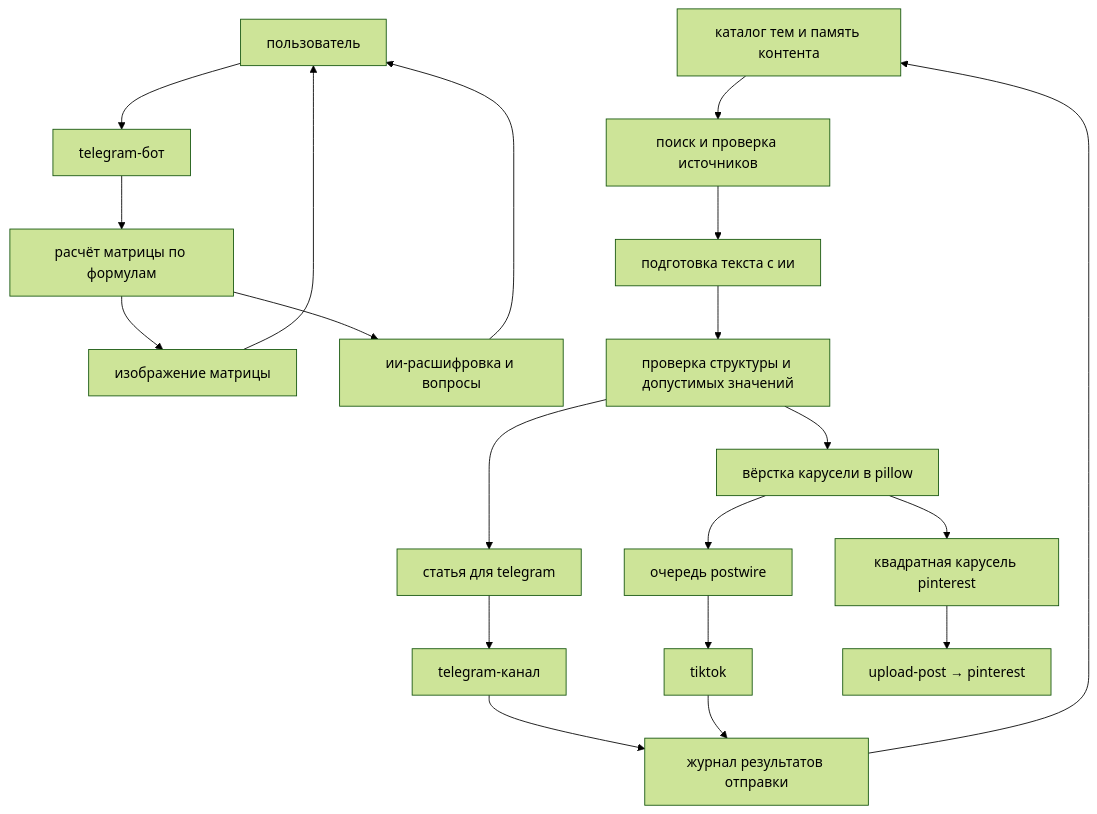
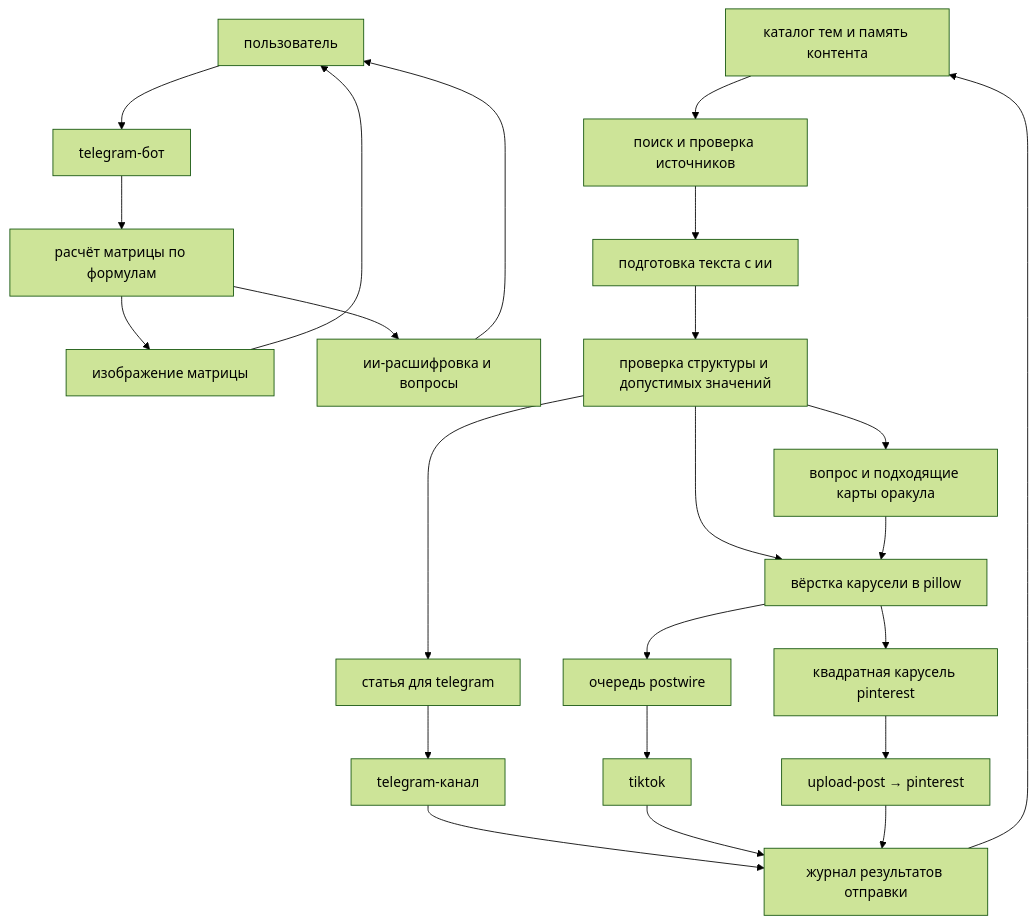
Before and after one commit to mrgrtglcht/numerology-agent: the diagram in README.md, drawn with Mermaid (forest theme). The commit also changed other lines of this file and 8 other files, not shown here.

````diff
--- a/README.md
+++ b/README.md
@@ -85,22 +111,25 @@
 ```mermaid
 flowchart TD
     user[пользователь] --> bot[telegram-бот]
     bot --> calc[расчёт матрицы по формулам]
     calc --> image[изображение матрицы]
     calc --> dialog[ии-расшифровка и вопросы]
     image --> user
     dialog --> user
     topics[каталог тем и память контента] --> research[поиск и проверка источников]
     research --> text[подготовка текста с ии]
     text --> checks[проверка структуры и допустимых значений]
     checks --> article[статья для telegram]
     checks --> slides[вёрстка карусели в pillow]
     article --> tg[telegram-канал]
+    checks --> oracle[вопрос и подходящие карты оракула]
+    oracle --> slides
     slides --> postwire[очередь postwire]
     postwire --> tt[tiktok]
     slides --> pin[квадратная карусель pinterest]
     pin --> upload[upload-post → pinterest]
     tg --> history[журнал результатов отправки]
     tt --> history
+    upload --> history
     history --> topics
 ```
````
